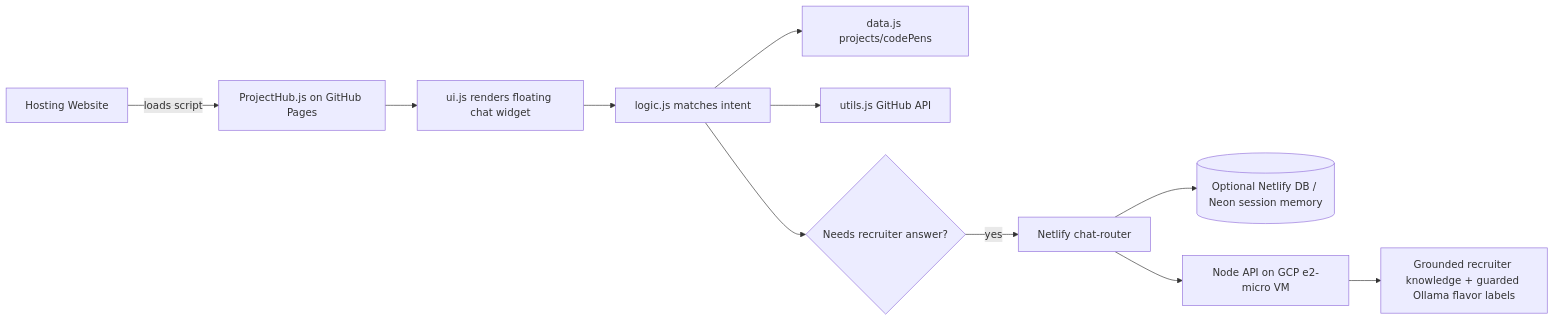
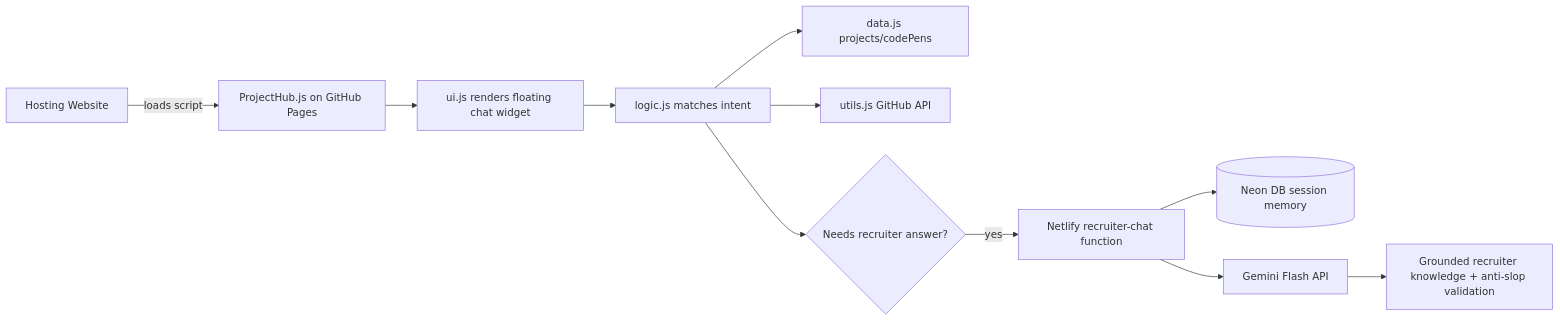
One commit to BradleyMatera/ProjectHub changed the diagram in docs/architecture-overview.md. Above: the diagram before and after it, drawn with Mermaid. The commit also changed other lines of this file and 3 other files, not shown here.

Commit message:
Update AGENTS.md and architecture docs for Gemini backend; clean up stale Ollama references

````diff
--- a/docs/architecture-overview.md
+++ b/docs/architecture-overview.md
@@ -9,13 +9,13 @@
 ```mermaid
 flowchart LR
     A[Hosting Website] -- loads script --> B[ProjectHub.js on GitHub Pages]
     B --> C[ui.js renders floating chat widget]
     C --> D[logic.js matches intent]
     D --> E[data.js projects/codePens]
     D --> F[utils.js GitHub API]
-   D --> G{Needs recruiter answer?}
-   G -- yes --> H[Netlify chat-router]
-   H --> M[(Optional Netlify DB / Neon session memory)]
-   H --> I[Node API on GCP e2-micro VM]
-   I --> J[Grounded recruiter knowledge + guarded Ollama flavor labels]
+    D --> G{Needs recruiter answer?}
+    G -- yes --> H[Netlify recruiter-chat function]
+    H --> M[(Neon DB session memory)]
+    H --> J[Gemini Flash API]
+    J --> K[Grounded recruiter knowledge + anti-slop validation]
 ```
````
